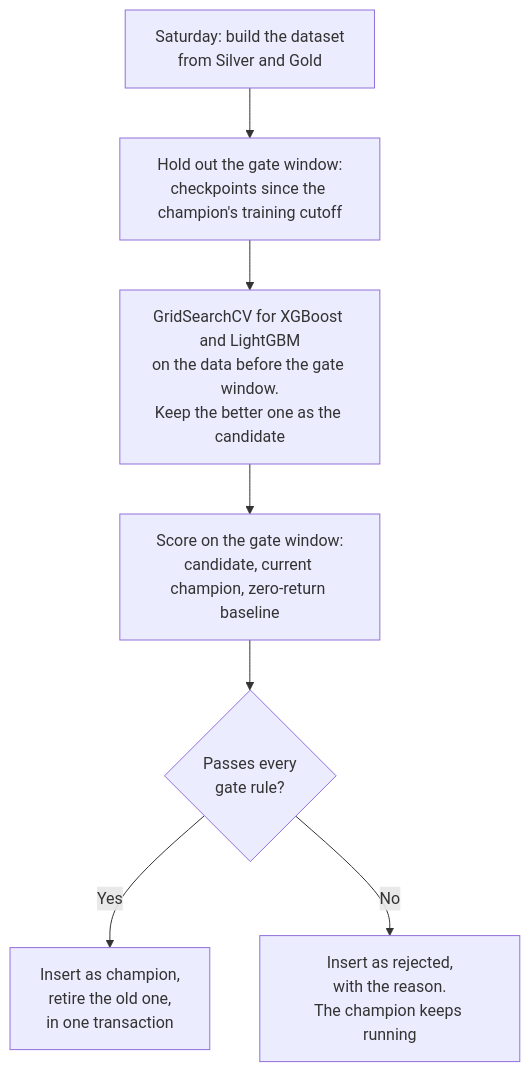
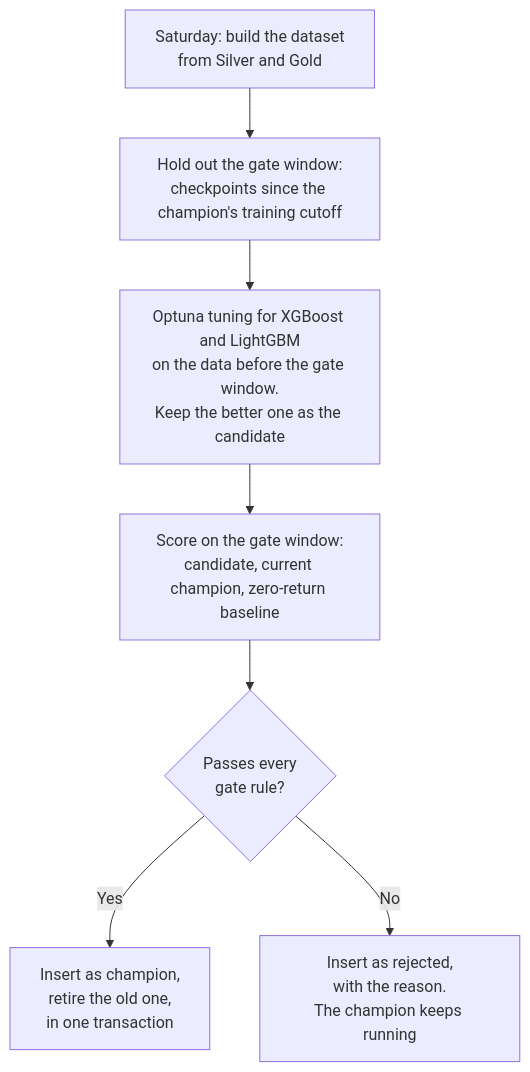
One commit to soloshun/market-data-ml-pipeline changed the first of 2 diagrams in docs/MLOPS.md. Above: the diagram before and after it, drawn with Mermaid. The commit also changed other lines of this file and 2 other files, not shown here.

First line of the commit message:
docs(mlops): standardize on Optuna tuning and add drift monitoring

````diff
--- a/docs/MLOPS.md
+++ b/docs/MLOPS.md
@@ -93,9 +93,9 @@
 ```mermaid
 flowchart TD
     A["Saturday: build the dataset<br/>from Silver and Gold"] --> B["Hold out the gate window:<br/>checkpoints since the champion's training cutoff"]
-    B --> C["GridSearchCV for XGBoost and LightGBM<br/>on the data before the gate window.<br/>Keep the better one as the candidate"]
+    B --> C["Optuna tuning for XGBoost and LightGBM<br/>on the data before the gate window.<br/>Keep the better one as the candidate"]
     C --> D["Score on the gate window:<br/>candidate, current champion, zero-return baseline"]
     D --> E{"Passes every<br/>gate rule?"}
     E -->|"Yes"| F["Insert as champion,<br/>retire the old one,<br/>in one transaction"]
     E -->|"No"| G["Insert as rejected,<br/>with the reason.<br/>The champion keeps running"]
 ```
````
